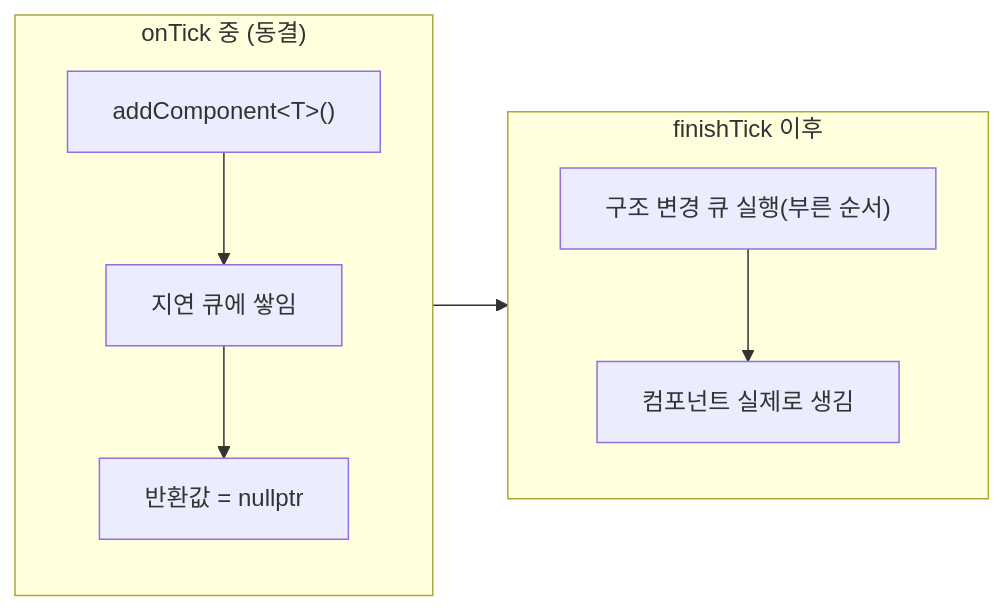
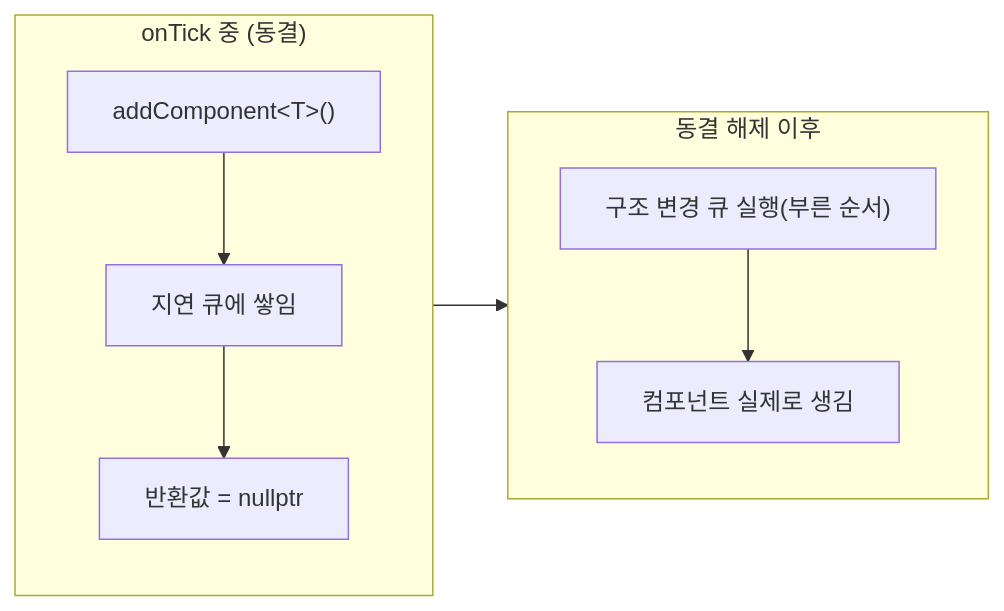
One commit to sswgame/LearningTemplate changed the second of 3 diagrams in Source/Engine/Object/README.md. Above: the diagram before and after it, drawn with Mermaid. The commit also changed other lines of this file and 43 other files, not shown here.

````diff
--- a/Source/Engine/Object/README.md
+++ b/Source/Engine/Object/README.md
@@ -133,12 +133,12 @@
 ```mermaid
 flowchart LR
   subgraph during ["onTick 중 (동결)"]
     A1["addComponent&lt;T&gt;()"] --> A2["지연 큐에 쌓임"]
     A2 --> A3["반환값 = nullptr"]
   end
-  subgraph after ["finishTick 이후"]
+  subgraph after ["동결 해제 이후"]
     C1["구조 변경 큐 실행(부른 순서)"]
     C1 --> C3["컴포넌트 실제로 생김"]
   end
   during --> after
 ```
````
